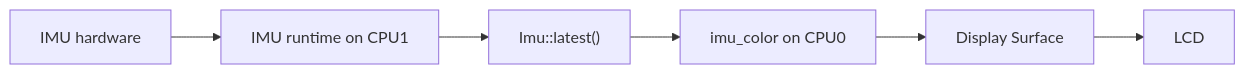
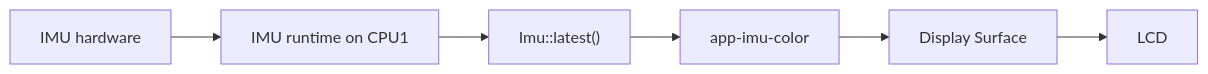
One commit to wackazong/hackandhike-2026 changed the eighth of 13 diagrams in README.md. Above: the diagram before and after it, drawn with Mermaid. The commit also changed other lines of this file, not shown here.

````diff
--- a/README.md
+++ b/README.md
@@ -768,8 +682,8 @@
 ```mermaid
 flowchart LR
     Sensor["IMU hardware"] --> Runtime["IMU runtime on CPU1"]
     Runtime --> Latest["Imu::latest()"]
-    Latest --> App["imu_color on CPU0"]
+    Latest --> App["app-imu-color"]
     App --> Surface["Display Surface"]
     Surface --> LCD["LCD"]
 ```
````
